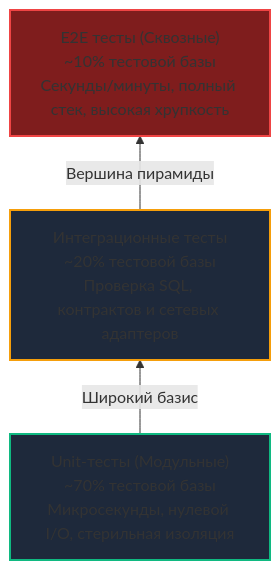
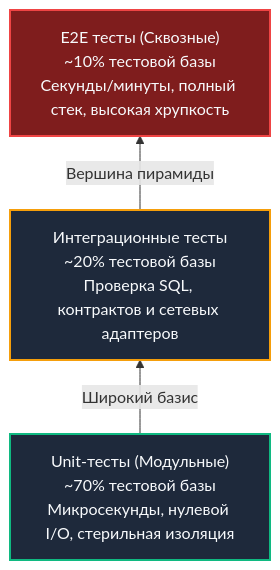
Before and after one commit to UnrealTemplier/go-textbook: the first of 3 diagrams in sources/15. Тестирование в Go (QA & Testing)/01. Фундамент/3. Пирамида тестирования.md, drawn with Mermaid. The commit also changed other lines of this file and 310 other files, not shown here.

First line of the commit message:
fix(mermaid): replace light fill colors with dark palette for readability on dark theme

````diff
--- a/sources/15. Тестирование в Go (QA & Testing)/01. Фундамент/3. Пирамида тестирования.md
+++ b/sources/15. Тестирование в Go (QA & Testing)/01. Фундамент/3. Пирамида тестирования.md
@@ -17,9 +17,9 @@
 ```mermaid
 flowchart BT
     Unit["Unit-тесты (Модульные)<br>~70% тестовой базы<br>Микросекунды, нулевой I/O, стерильная изоляция"] -->|Широкий базис| Integ["Интеграционные тесты<br>~20% тестовой базы<br>Проверка SQL, контрактов и сетевых адаптеров"]
     Integ -->|Вершина пирамиды| E2E["E2E тесты (Сквозные)<br>~10% тестовой базы<br>Секунды/минуты, полный стек, высокая хрупкость"]
     
-    style Unit fill:#1e293b,stroke:#10b981,stroke-width:2px
-    style Integ fill:#1e293b,stroke:#f59e0b,stroke-width:2px
-    style E2E fill:#7f1d1d,stroke:#ef4444,stroke-width:2px
+    style Unit fill:#1e293b,stroke:#10b981,stroke-width:2px,color:#f8fafc
+    style Integ fill:#1e293b,stroke:#f59e0b,stroke-width:2px,color:#f8fafc
+    style E2E fill:#7f1d1d,stroke:#ef4444,stroke-width:2px,color:#f8fafc
 ```
````
